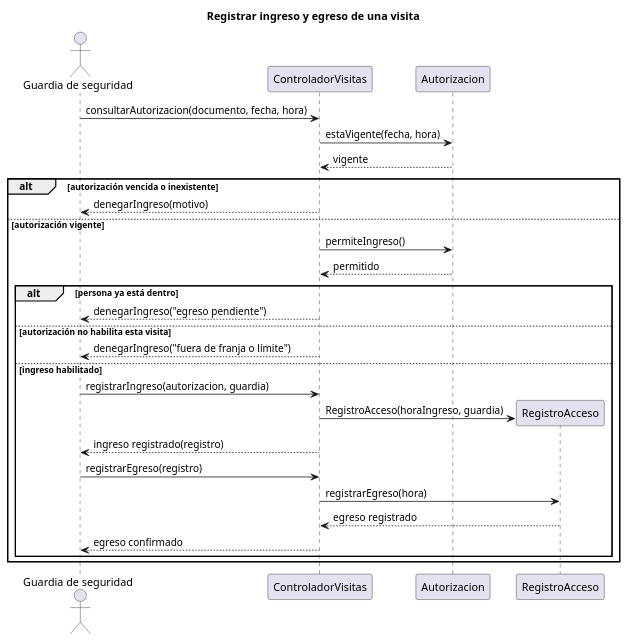
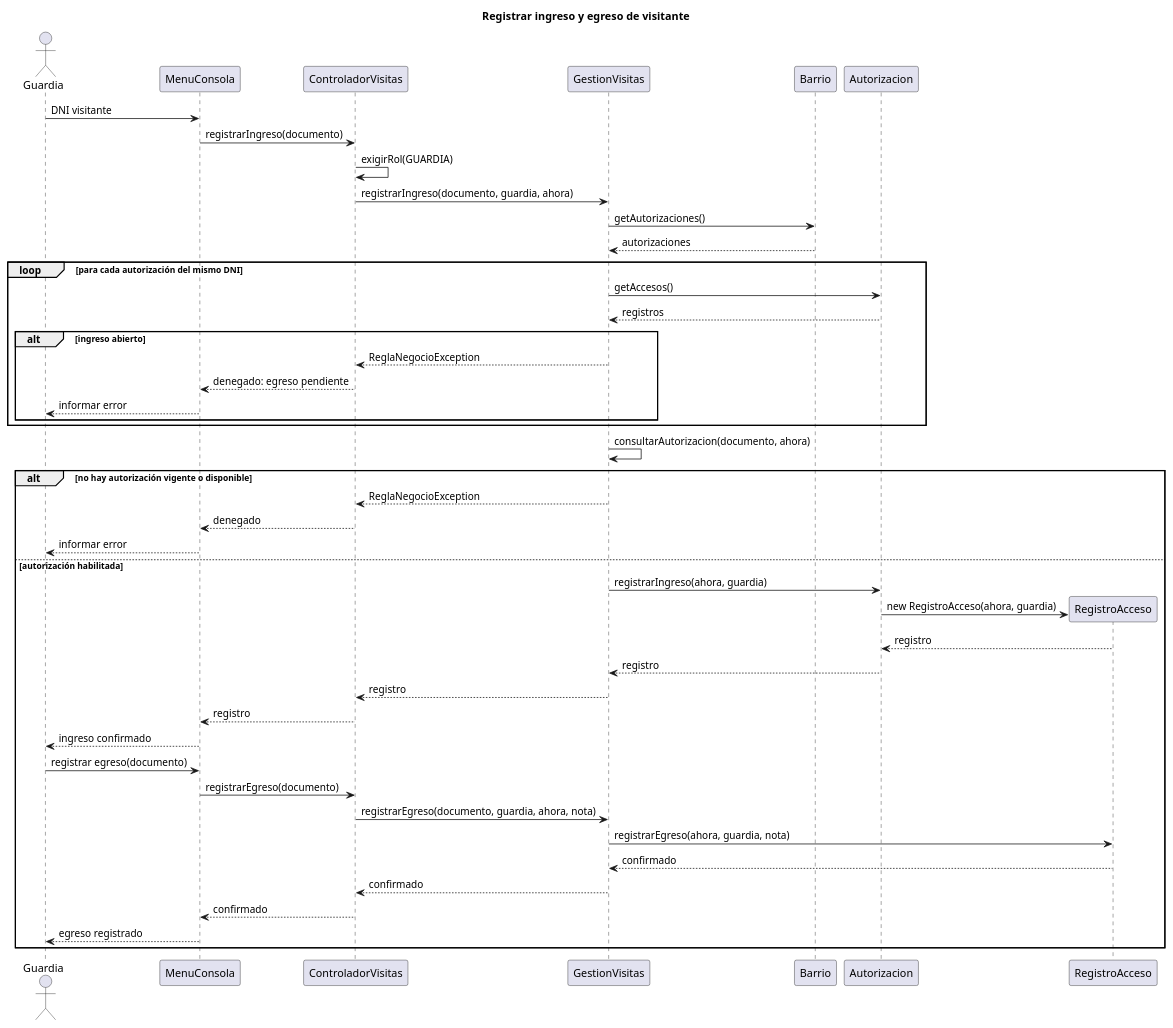
One commit to LukaSubotovsky/Paradigma-orientado-a-objetos changed the diagram in Docs/UML/04_secuencia_visitas.puml. Above: the diagram before and after it, drawn with PlantUML. The commit also changed 16 other files, not shown here.

Commit message:
Documentar ejecución, pruebas funcionales y diagramas del código final

```diff
--- a/Docs/UML/04_secuencia_visitas.puml
+++ b/Docs/UML/04_secuencia_visitas.puml
@@ -1,31 +1,48 @@
 @startuml
-skinparam classAttributeIconSize 0
-title Registrar ingreso y egreso de una visita
-actor "Guardia de seguridad" as G
+title Registrar ingreso y egreso de visitante
+actor Guardia
+participant MenuConsola as Vista
 participant ControladorVisitas as C
+participant GestionVisitas as G
+participant Barrio as B
 participant Autorizacion as A
 participant RegistroAcceso as R
-G -> C : consultarAutorizacion(documento, fecha, hora)
-C -> A : estaVigente(fecha, hora)
-A --> C : vigente
-alt autorización vencida o inexistente
- C --> G : denegarIngreso(motivo)
-else autorización vigente
- C -> A : permiteIngreso()
- A --> C : permitido
- alt persona ya está dentro
-  C --> G : denegarIngreso("egreso pendiente")
- else autorización no habilita esta visita
-  C --> G : denegarIngreso("fuera de franja o límite")
- else ingreso habilitado
-  G -> C : registrarIngreso(autorizacion, guardia)
-  create R
-  C -> R : RegistroAcceso(horaIngreso, guardia)
-  C --> G : ingreso registrado(registro)
-  G -> C : registrarEgreso(registro)
-  C -> R : registrarEgreso(hora)
-  R --> C : egreso registrado
-  C --> G : egreso confirmado
+Guardia -> Vista : DNI visitante
+Vista -> C : registrarIngreso(documento)
+C -> C : exigirRol(GUARDIA)
+C -> G : registrarIngreso(documento, guardia, ahora)
+G -> B : getAutorizaciones()
+B --> G : autorizaciones
+loop para cada autorización del mismo DNI
+ G -> A : getAccesos()
+ A --> G : registros
+ alt ingreso abierto
+  G --> C : ReglaNegocioException
+  C --> Vista : denegado: egreso pendiente
+  Vista --> Guardia : informar error
  end
 end
+G -> G : consultarAutorizacion(documento, ahora)
+alt no hay autorización vigente o disponible
+ G --> C : ReglaNegocioException
+ C --> Vista : denegado
+ Vista --> Guardia : informar error
+else autorización habilitada
+ G -> A : registrarIngreso(ahora, guardia)
+ create R
+ A -> R : new RegistroAcceso(ahora, guardia)
+ R --> A : registro
+ A --> G : registro
+ G --> C : registro
+ C --> Vista : registro
+ Vista --> Guardia : ingreso confirmado
+ Guardia -> Vista : registrar egreso(documento)
+ Vista -> C : registrarEgreso(documento)
+ C -> G : registrarEgreso(documento, guardia, ahora, nota)
+ G -> R : registrarEgreso(ahora, guardia, nota)
+ R --> G : confirmado
+ G --> C : confirmado
+ C --> Vista : confirmado
+ Vista --> Guardia : egreso registrado
+end
 @enduml
```
